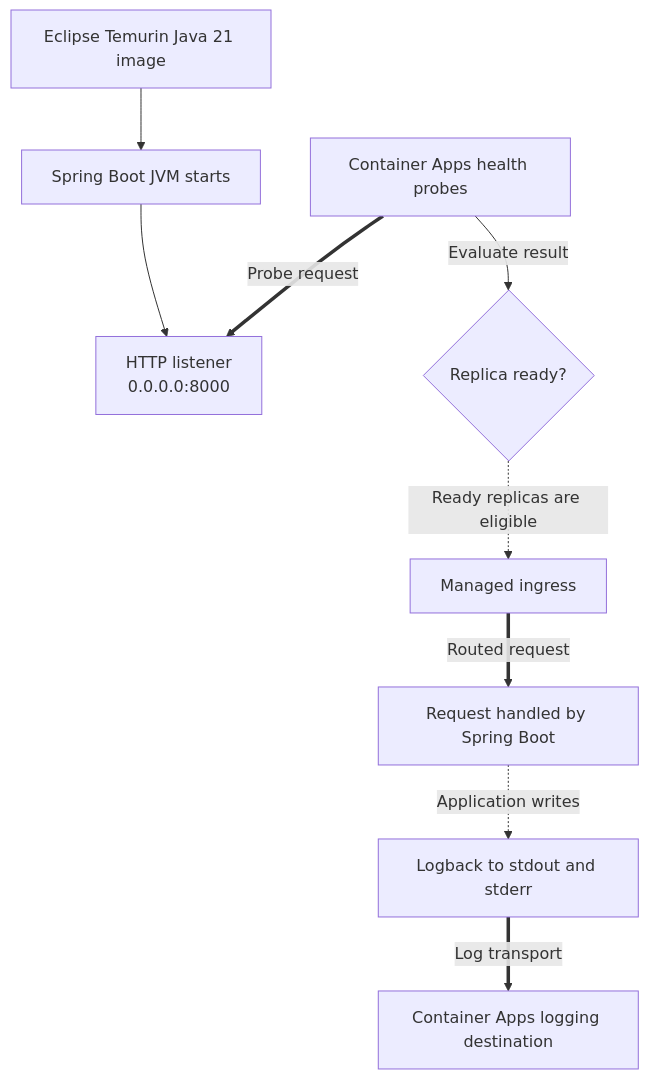
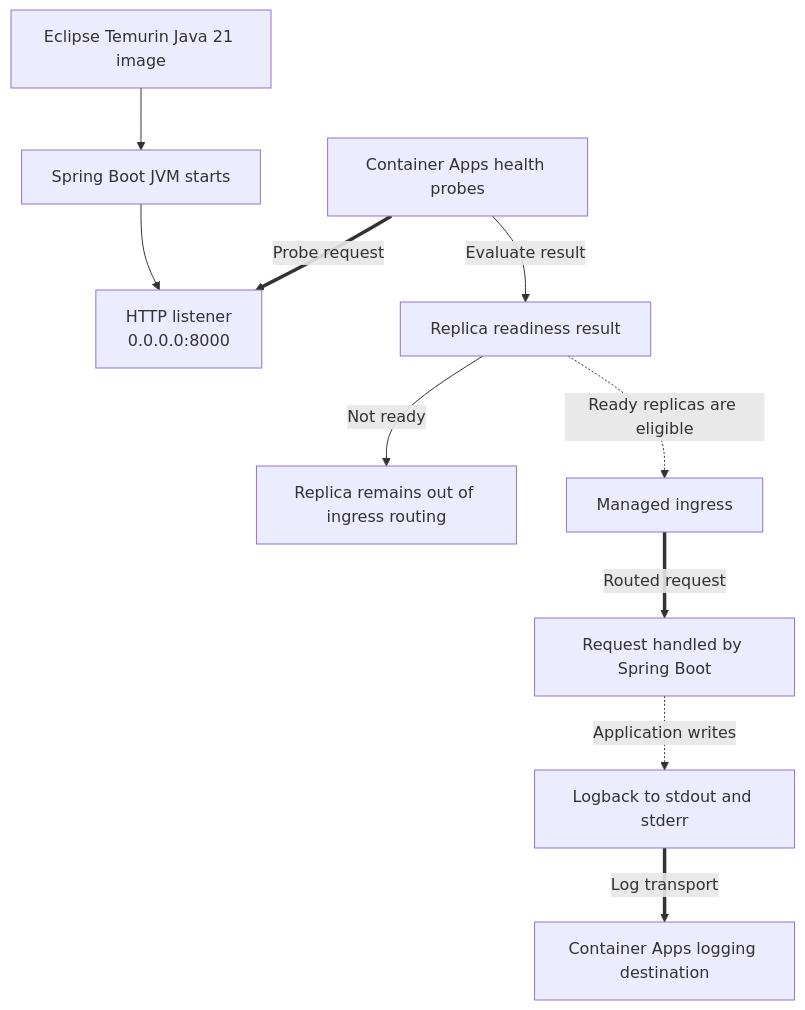
Before and after one commit to yeongseon/azure-container-apps-practical-guide: the diagram in docs/language-guides/java/java-runtime.md, drawn with Mermaid. The commit also changed other lines of this file and 22 other files, not shown here.

````diff
--- a/docs/language-guides/java/java-runtime.md
+++ b/docs/language-guides/java/java-runtime.md
@@ -21,22 +21,24 @@
 ```mermaid
 flowchart TD
     accTitle: Java runtime execution model in Container Apps
     accDescr: A revision starts the selected Eclipse Temurin image and Spring Boot listener. Platform health probes determine readiness, managed ingress routes requests to a ready replica, and Logback console output is collected for logging.
     IMAGE[Eclipse Temurin Java 21 image]
     START[Spring Boot JVM starts]
     LISTEN[HTTP listener<br/>0.0.0.0:8000]
     PROBES[Container Apps health probes]
-    READY{Replica ready?}
+    READY[Replica readiness result]
+    NOT_READY[Replica remains out of ingress routing]
     INGRESS[Managed ingress]
     REQUEST[Request handled by Spring Boot]
     CONSOLE[Logback to stdout and stderr]
     LOGS[Container Apps logging destination]
 
     IMAGE --> START --> LISTEN
     PROBES ==>|"Probe request"| LISTEN
     PROBES -->|"Evaluate result"| READY
     READY -.->|"Ready replicas are eligible"| INGRESS
+    READY -->|"Not ready"| NOT_READY
     INGRESS ==>|"Routed request"| REQUEST
     REQUEST -.->|"Application writes"| CONSOLE
     CONSOLE ==>|"Log transport"| LOGS
 ```
````
